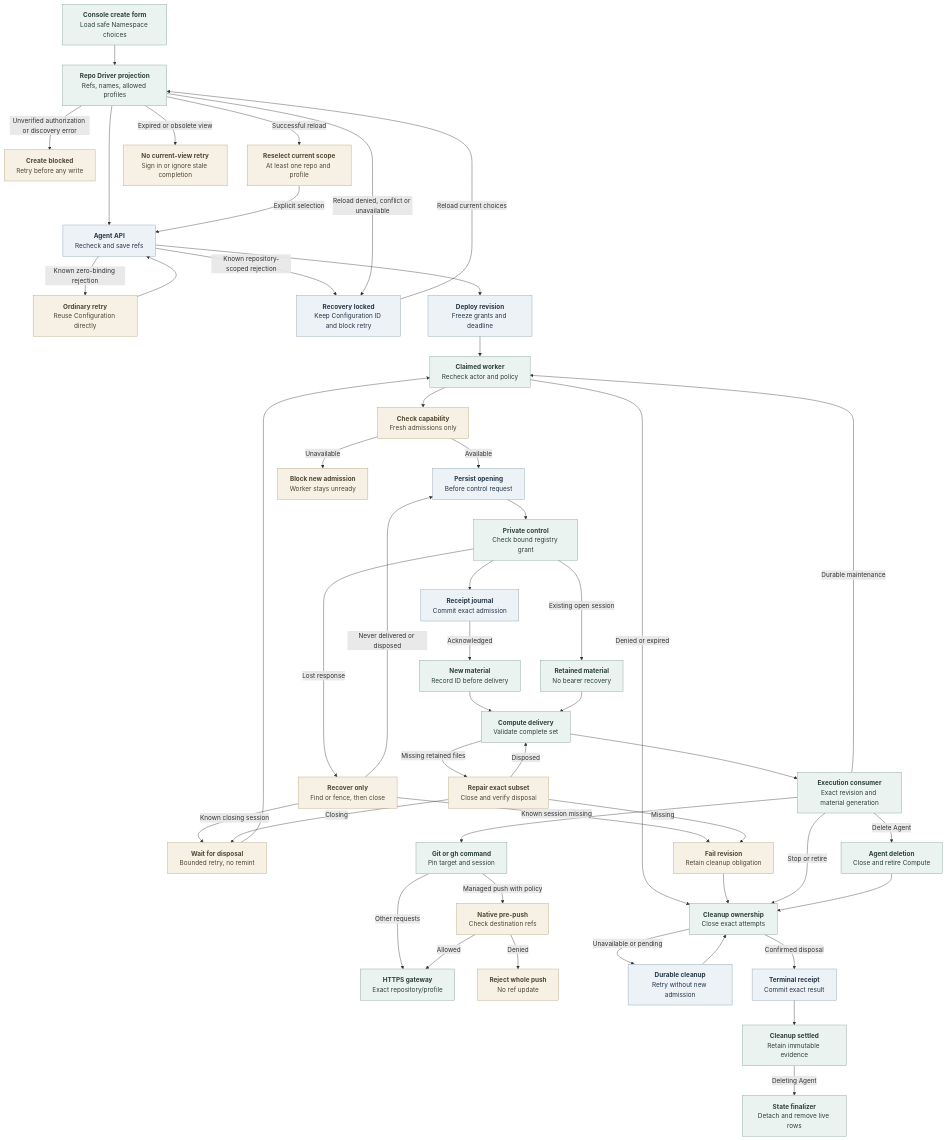
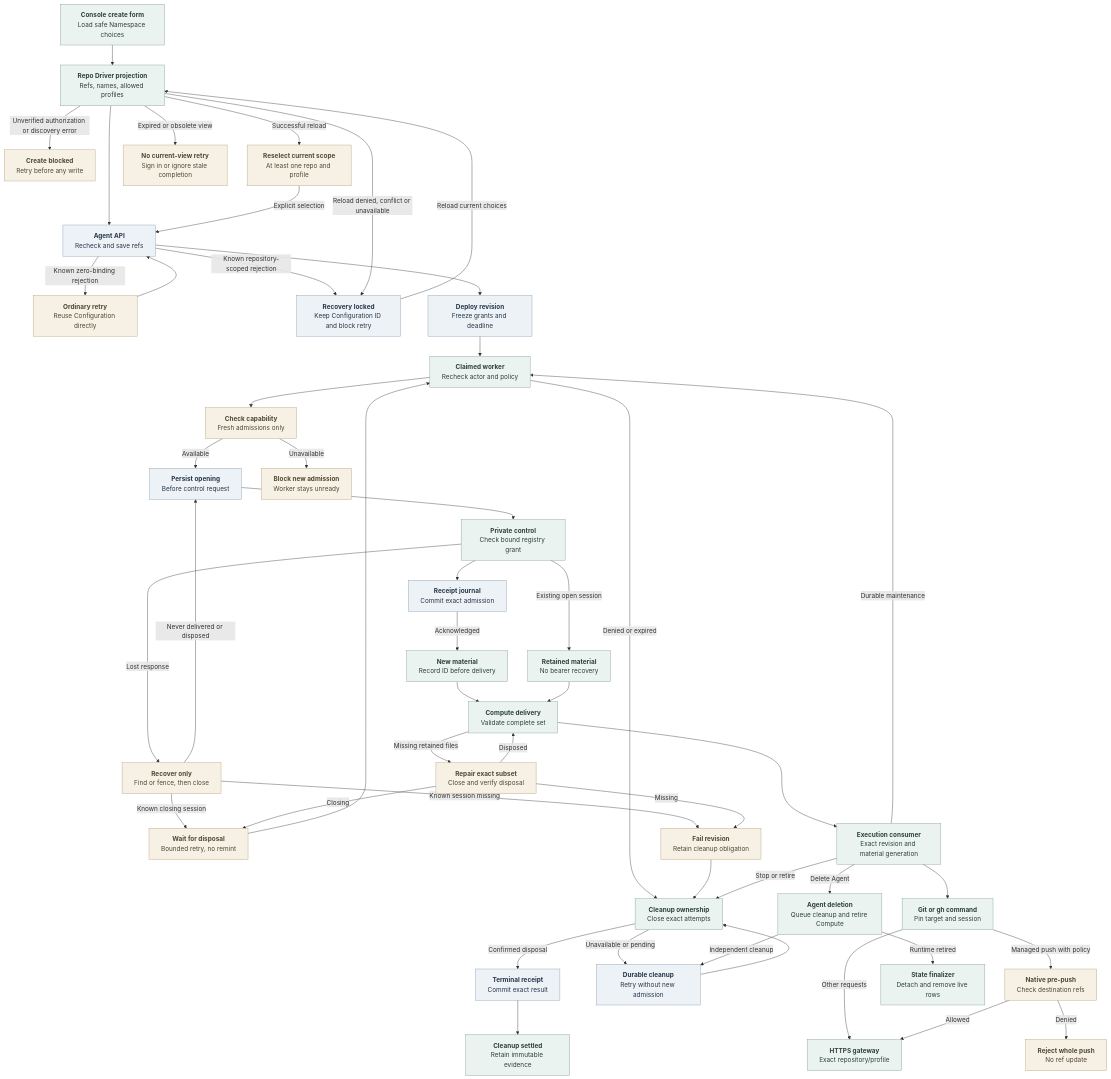
Before and after one commit to IsaiahStapleton/openclaw-enterprise: the diagram in docs/flows/agent-repository-credentials.md, drawn with Mermaid. The commit also changed other lines of this file and 14 other files, not shown here.

Commit message:
fix: decouple Agent deletion from repository cleanup

````diff
--- a/docs/flows/agent-repository-credentials.md
+++ b/docs/flows/agent-repository-credentials.md
@@ -33,58 +33,58 @@
 ```mermaid
 graph TD
   Console["<b>Console create form</b><br/>Load safe Namespace choices"] --> Options["<b>Repo Driver projection</b><br/>Refs, names, allowed profiles"]
   Options --> API["<b>Agent API</b><br/>Recheck and save refs"]
   Options -->|Unverified authorization or discovery error| CreateBlocked["<b>Create blocked</b><br/>Retry before any write"]
   API -->|Known zero-binding rejection| OrdinaryRetry["<b>Ordinary retry</b><br/>Reuse Configuration directly"]
   OrdinaryRetry --> API
   API -->|Known repository-scoped rejection| FormLocked["<b>Recovery locked</b><br/>Keep Configuration ID and block retry"]
   FormLocked -->|Reload current choices| Options
   Options -->|Successful reload| Reselect["<b>Reselect current scope</b><br/>At least one repo and profile"]
   Reselect -->|Explicit selection| API
   Options -->|Reload denied, conflict or unavailable| FormLocked
   Options -->|Expired or obsolete view| ViewStop["<b>No current-view retry</b><br/>Sign in or ignore stale completion"]
   API --> Revision["<b>Deploy revision</b><br/>Freeze grants and deadline"]
   Revision --> Worker["<b>Claimed worker</b><br/>Recheck actor and policy"]
   Worker -->|Denied or expired| Close["<b>Cleanup ownership</b><br/>Close exact attempts"]
   Worker --> Capability["<b>Check capability</b><br/>Fresh admissions only"]
   Capability -->|Available| Attempt["<b>Persist opening</b><br/>Before control request"]
   Capability -->|Unavailable| Blocked["<b>Block new admission</b><br/>Worker stays unready"]
   Attempt --> Service["<b>Private control</b><br/>Check bound registry grant"]
   Service --> Receipt["<b>Receipt journal</b><br/>Commit exact admission"]
   Receipt -->|Acknowledged| New["<b>New material</b><br/>Record ID before delivery"]
   Service -->|Existing open session| Retained["<b>Retained material</b><br/>No bearer recovery"]
   Service -->|Lost response| Recover["<b>Recover only</b><br/>Find or fence, then close"]
   Recover -->|Never delivered or disposed| Attempt
   Recover -->|Known closing session| Wait["<b>Wait for disposal</b><br/>Bounded retry, no remint"]
   Wait --> Worker
   Recover -->|Known session missing| Refuse["<b>Fail revision</b><br/>Retain cleanup obligation"]
   New --> Compute["<b>Compute delivery</b><br/>Validate complete set"]
   Retained --> Compute
   Compute -->|Missing retained files| Repair["<b>Repair exact subset</b><br/>Close and verify disposal"]
   Repair -->|Disposed| Compute
   Repair -->|Closing| Wait
   Repair -->|Missing| Refuse
   Refuse --> Close
   Compute --> Pod["<b>Execution consumer</b><br/>Exact revision and material generation"]
   Pod --> Command["<b>Git or gh command</b><br/>Pin target and session"]
   Command -->|Other requests| Gateway["<b>HTTPS gateway</b><br/>Exact repository/profile"]
   Command -->|Managed push with policy| PushRefs["<b>Native pre-push</b><br/>Check destination refs"]
   PushRefs -->|Allowed| Gateway
   PushRefs -->|Denied| PushDenied["<b>Reject whole push</b><br/>No ref update"]
   Pod -->|Durable maintenance| Worker
   Pod -->|Stop or retire| Close
   Close -->|Unavailable or pending| Queue["<b>Durable cleanup</b><br/>Retry without new admission"]
   Queue --> Close
   Close -->|Confirmed disposal| Terminal["<b>Terminal receipt</b><br/>Commit exact result"]
   Terminal --> Done["<b>Cleanup settled</b><br/>Retain immutable evidence"]
-  Pod -->|Delete Agent| Delete["<b>Agent deletion</b><br/>Close and retire Compute"]
-  Delete --> Close
-  Done -->|Deleting Agent| Finalize["<b>State finalizer</b><br/>Detach and remove live rows"]
+  Pod -->|Delete Agent| Delete["<b>Agent deletion</b><br/>Queue cleanup and retire Compute"]
+  Delete -->|Independent cleanup| Queue
+  Delete -->|Runtime retired| Finalize["<b>State finalizer</b><br/>Detach and remove live rows"]
 
   classDef state fill:#EDF2F7,stroke:#879AB0,color:#25364A,stroke-width:1px
   classDef operation fill:#EBF3F0,stroke:#7F9D93,color:#2B4038,stroke-width:1px
   classDef condition fill:#F7F1E5,stroke:#B3A078,color:#514532,stroke-width:1px
   class API,Revision,Attempt,Queue,FormLocked,Receipt,Terminal state
   class Console,Options,Worker,Service,New,Retained,Compute,Pod,Command,Gateway,Close,Done,Delete,Finalize operation
   class Recover,Repair,Refuse,Wait,ViewStop,CreateBlocked,OrdinaryRetry,Reselect,PushRefs,PushDenied,Capability,Blocked condition
 ```
````
